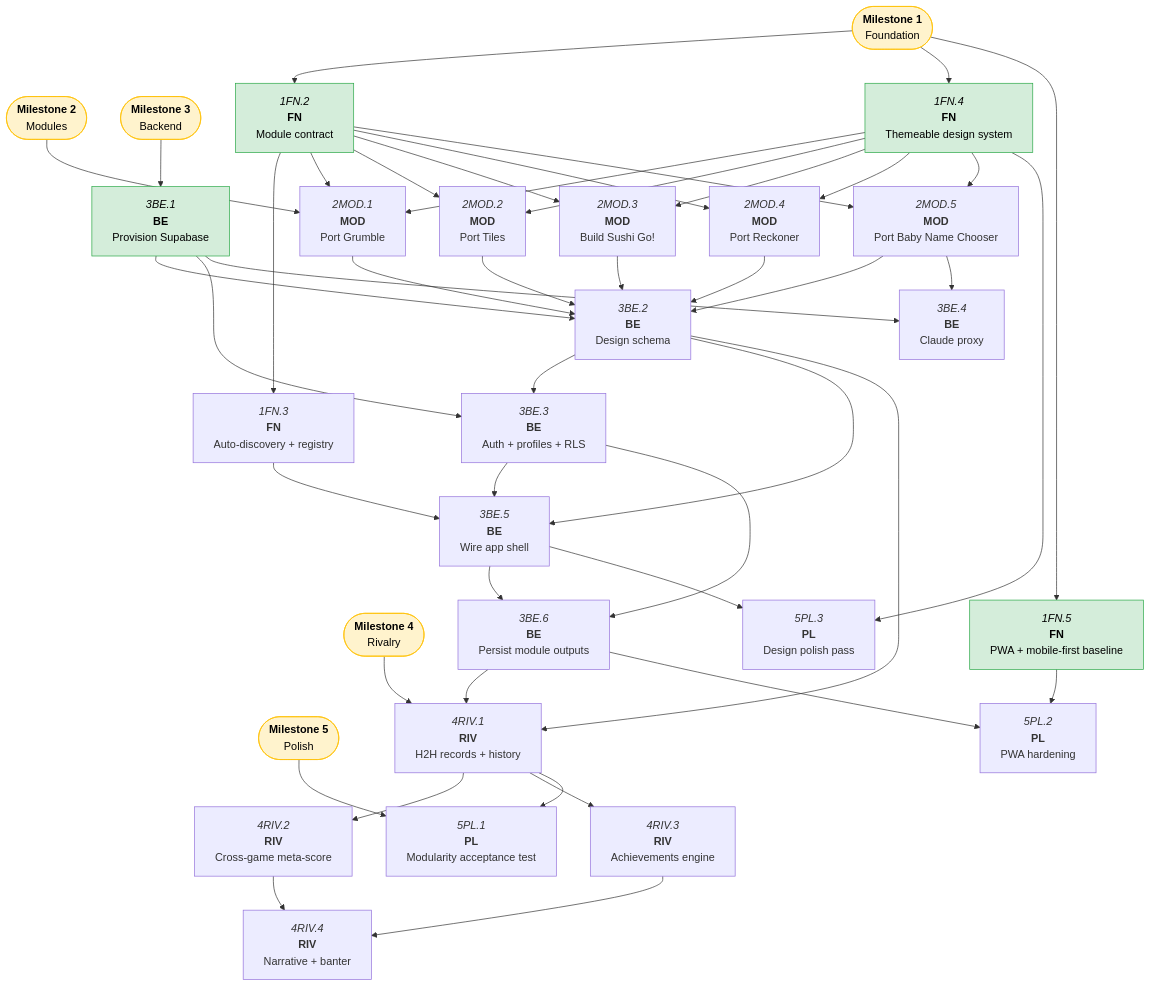
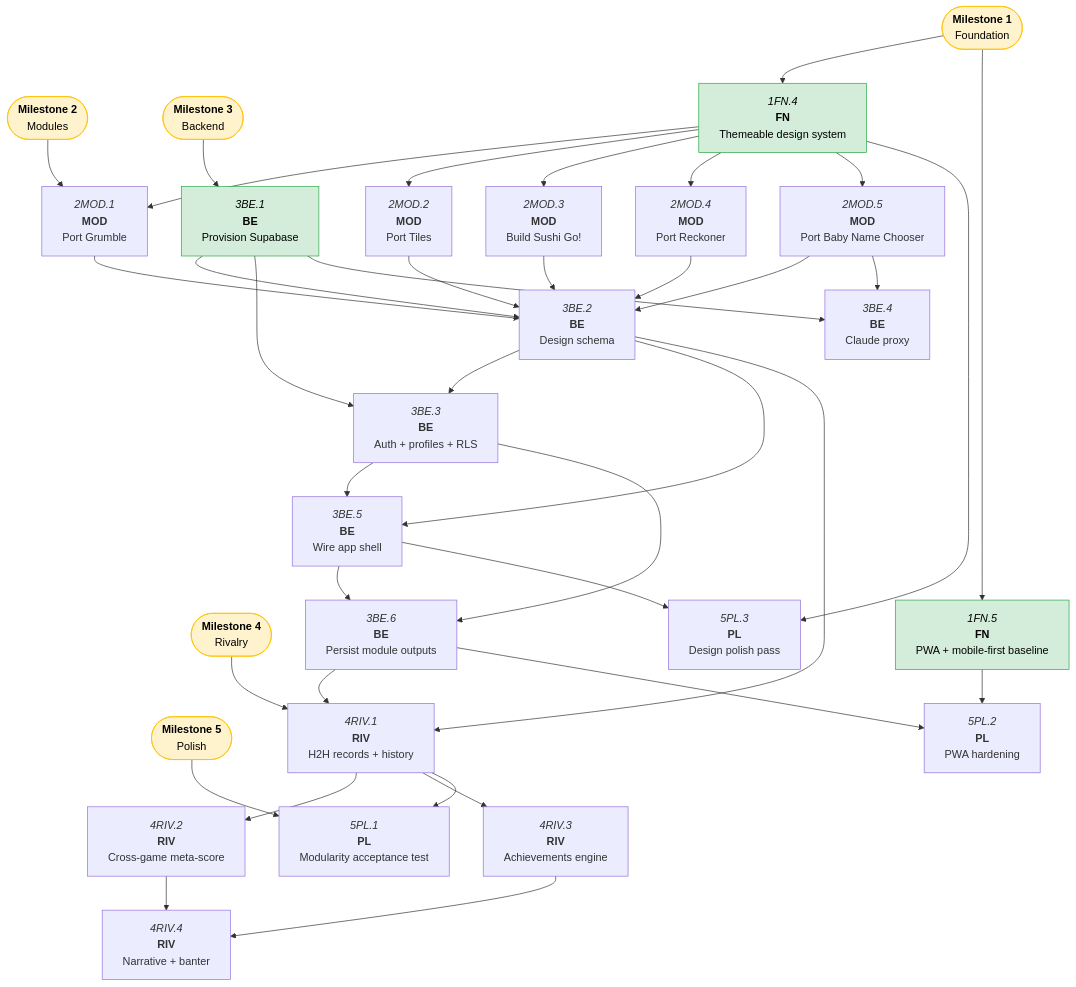
Before and after one commit to JasonWarrenUK/tallywhack: the diagram in docs/roadmaps/tallywhack.md, drawn with Mermaid. The commit also changed other lines of this file, not shown here.

Commit message:
docs: roadmap update

```diff
--- a/docs/roadmaps/tallywhack.md
+++ b/docs/roadmaps/tallywhack.md
@@ -20,8 +20,6 @@
   M4(["`**Milestone 4**<br/>Rivalry`"]):::mile
   M5(["`**Milestone 5**<br/>Polish`"]):::mile
 
-  1FN2["`*1FN.2*<br/>**FN**<br/>Module contract`"]:::open
-  1FN3["`*1FN.3*<br/>**FN**<br/>Auto-discovery + registry`"]
   1FN4["`*1FN.4*<br/>**FN**<br/>Themeable design system`"]:::open
   1FN5["`*1FN.5*<br/>**FN**<br/>PWA + mobile-first baseline`"]:::open
 
@@ -47,15 +45,8 @@
   5PL2["`*5PL.2*<br/>**PL**<br/>PWA hardening`"]
   5PL3["`*5PL.3*<br/>**PL**<br/>Design polish pass`"]
 
-  M1 --> 1FN2
   M1 --> 1FN4
   M1 --> 1FN5
-  1FN2 --> 1FN3
-  1FN2 --> 2MOD1
-  1FN2 --> 2MOD2
-  1FN2 --> 2MOD3
-  1FN2 --> 2MOD4
-  1FN2 --> 2MOD5
   1FN4 --> 2MOD1
   1FN4 --> 2MOD2
   1FN4 --> 2MOD3
@@ -81,7 +72,6 @@
   3BE2 --> 4RIV1
   3BE3 --> 3BE5
   3BE3 --> 3BE6
-  1FN3 --> 3BE5
   3BE5 --> 3BE6
   3BE5 --> 5PL3
   3BE6 --> 4RIV1
```
